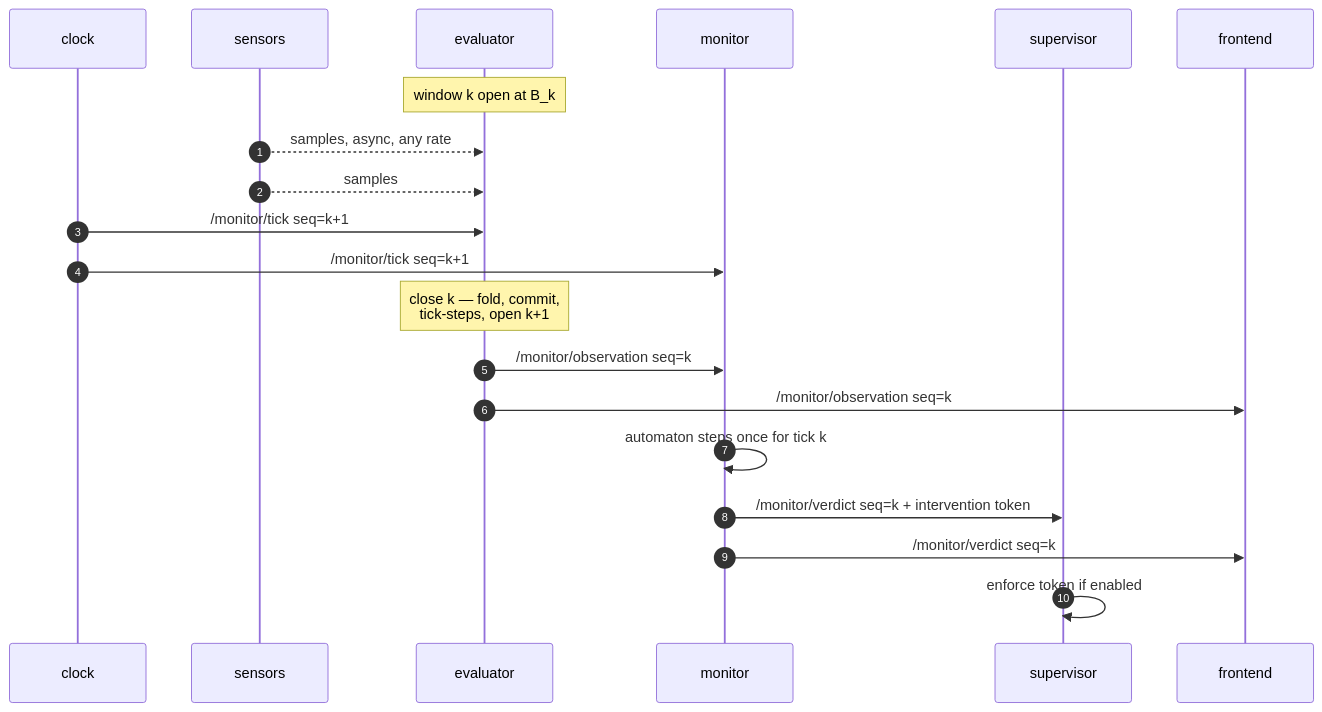
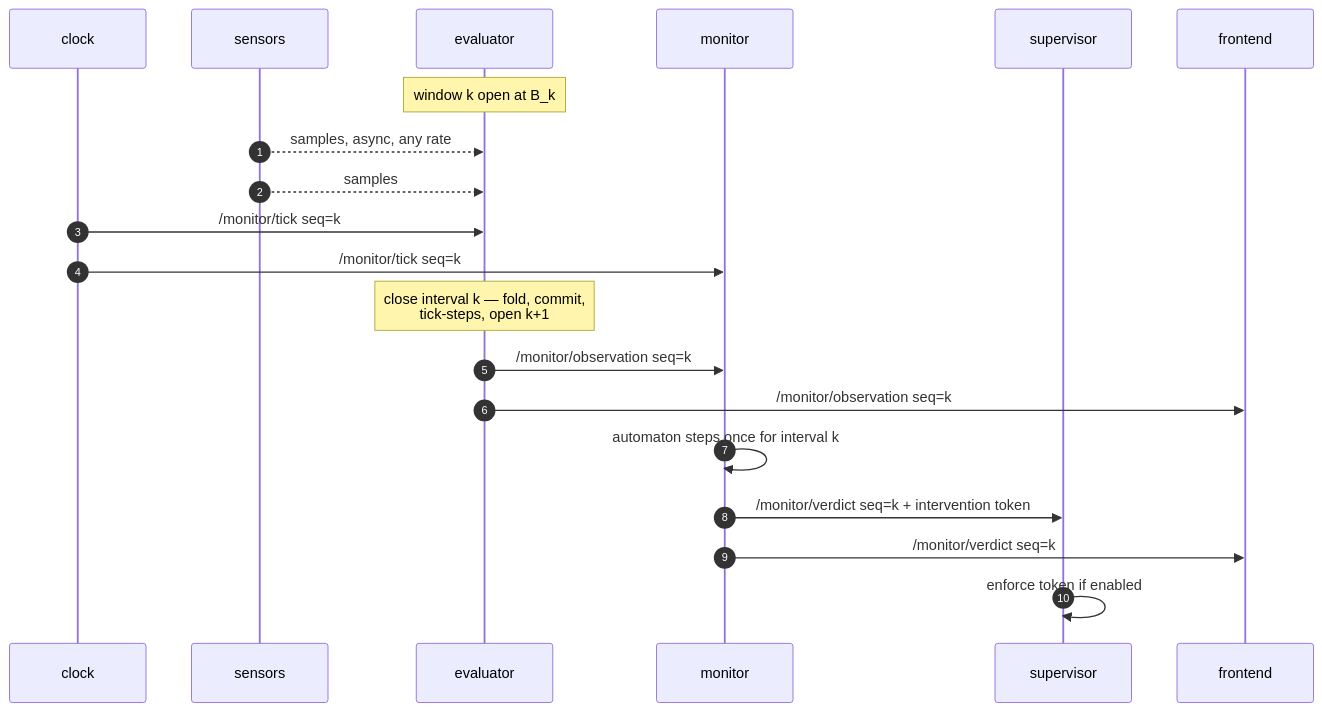
One commit to pinhas019/LtlMonitor changed the diagram in docs/api.md. Above: the diagram before and after it, drawn with Mermaid. The commit also changed other lines of this file and 1 other file, not shown here.

Commit message:
docs: pin seq to the closing boundary, so one number means one interval
P1 found api.md contradicting itself: the sequence diagram had the pulse seq=k+1
closing tick k, while the JSON examples showed tick and observation sharing a seq.
Left unresolved this is a permanent off-by-one between the clock and every consumer.

seq is the CLOSING boundary index. Everything carrying seq=n describes the interval
that just ended at boundary n. No code changes — this is what P1 already emits.

````diff
--- a/docs/api.md
+++ b/docs/api.md
@@ -38,23 +38,23 @@
 ```mermaid
 sequenceDiagram
   autonumber
   participant C as clock
   participant S as sensors
   participant E as evaluator
   participant M as monitor
   participant P as supervisor
   participant F as frontend
 
   Note over E: window k open at B_k
   S-->>E: samples, async, any rate
   S-->>E: samples
-  C->>E: /monitor/tick seq=k+1
-  C->>M: /monitor/tick seq=k+1
-  Note over E: close k — fold, commit,<br/>tick-steps, open k+1
+  C->>E: /monitor/tick seq=k
+  C->>M: /monitor/tick seq=k
+  Note over E: close interval k — fold, commit,<br/>tick-steps, open k+1
   E->>M: /monitor/observation seq=k
   E->>F: /monitor/observation seq=k
-  M->>M: automaton steps once for tick k
+  M->>M: automaton steps once for interval k
   M->>P: /monitor/verdict seq=k + intervention token
   M->>F: /monitor/verdict seq=k
   P->>P: enforce token if enabled
 ```
````
